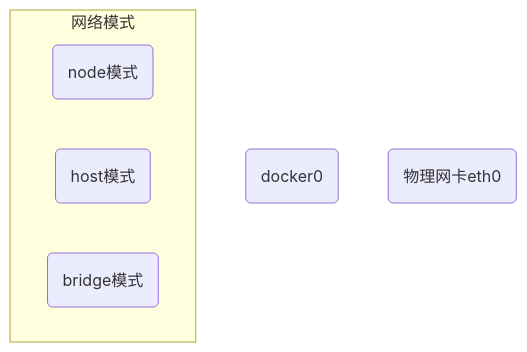
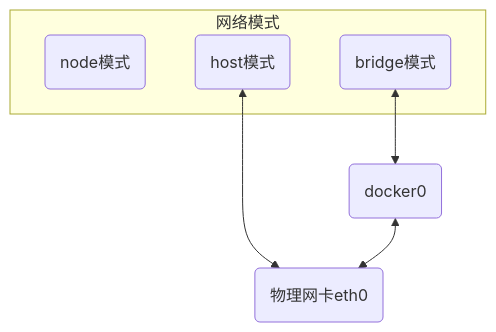
The diagram in _posts/Docker/理论/2021-10-06-Docker网络.md (dmjcb/dmjcb.github.io), drawn with Mermaid before and after one commit. The commit also changed 122 other files, not shown here.

Commit message:
修复图形显示BUG

````diff
--- a/_posts/Docker/理论/2021-10-06-Docker网络.md
+++ b/_posts/Docker/理论/2021-10-06-Docker网络.md
@@ -18,13 +18,15 @@
 ```mermaid
 graph TB;
     subgraph 网络模式
         N(node模式)
         H(host模式)
         B(bridge模式)
     end
 
     docker0(docker0)
 
     eth(物理网卡eth0)
 
+    H<-->eth
+    B<-->docker0<-->eth
 ```
````
